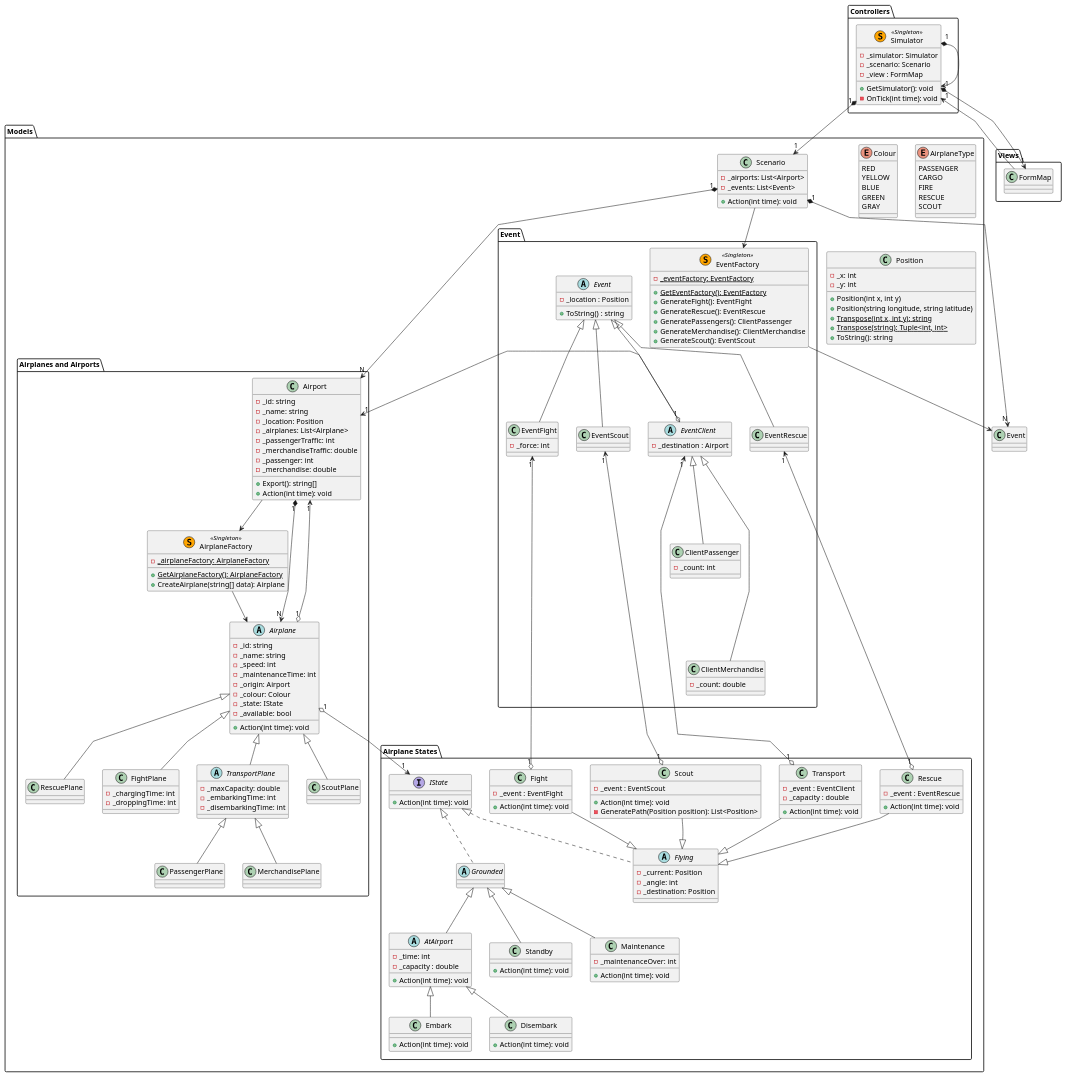
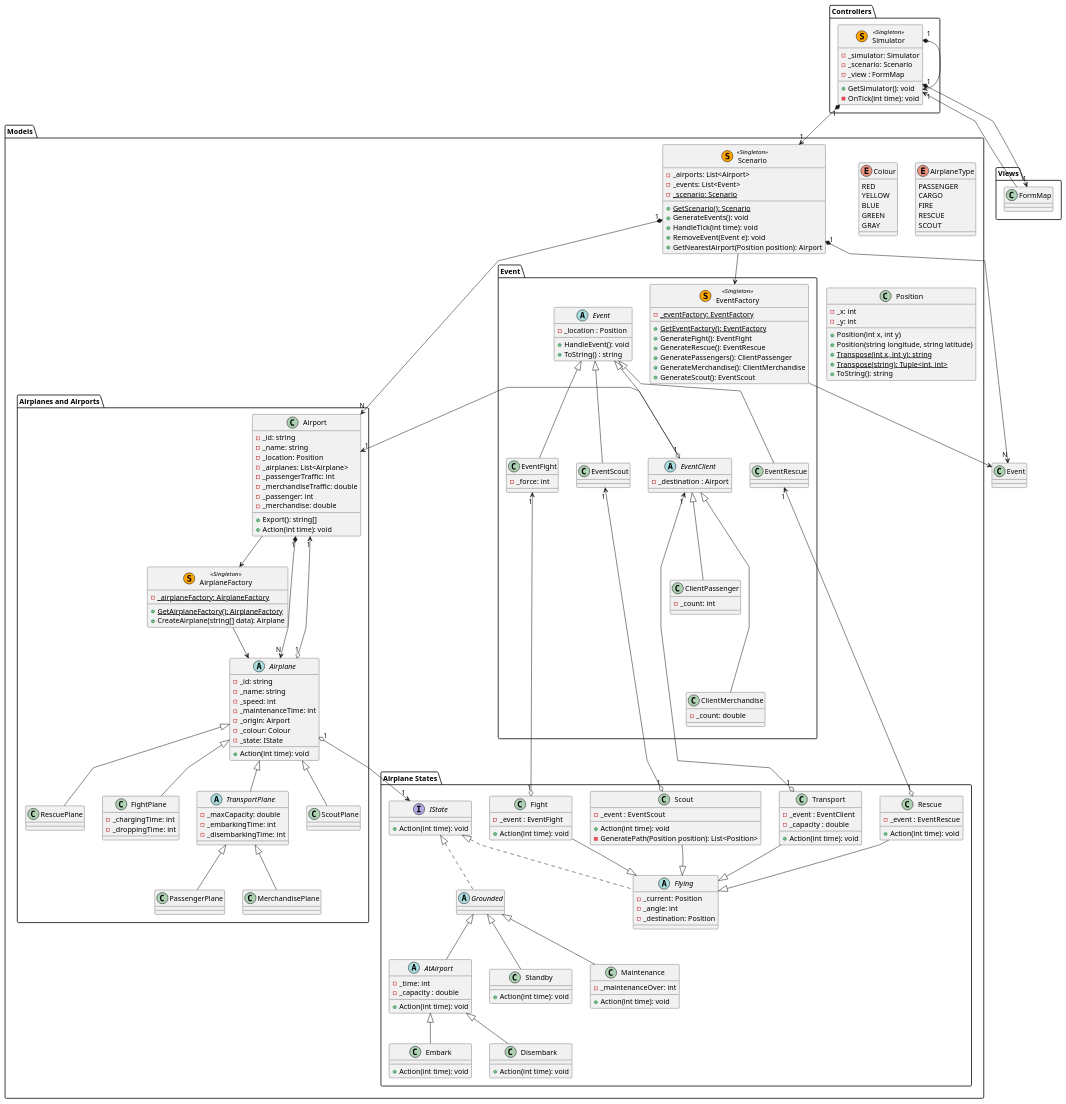
The diagram in Documentation/Diagrams/Class/Simulator.puml (darkhappy/flightsim), drawn with PlantUML before and after one commit.

Commit message:
Class/Simulator: Added a few things

```diff
--- a/Documentation/Diagrams/Class/Simulator.puml
+++ b/Documentation/Diagrams/Class/Simulator.puml
@@ -36,10 +36,15 @@
         + ToString(): string
     }
 
-    class Scenario {
+    class Scenario << (S, Orange) Singleton >> {
         - _airports: List<Airport>
         - _events: List<Event>
-        + Action(int time): void
+        - {static} _scenario: Scenario
+        + {static} GetScenario(): Scenario
+        + GenerateEvents(): void
+        + HandleTick(int time): void
+        + RemoveEvent(Event e): void
+        + GetNearestAirport(Position position): Airport
     }
     
     ' -----------------------------------'
@@ -74,7 +79,6 @@
             - _origin: Airport
             - _colour: Colour 
             - _state: IState
-            - _available: bool
             + Action(int time): void
         }
 
@@ -179,6 +183,7 @@
 
         abstract class Event {
             - _location : Position
+            + HandleEvent(): void
             + ToString() : string
         }
 
@@ -259,6 +264,7 @@
 
 ' -- Events
 EventFactory --> Event
+' Event --> Scenario (commented since it messed up the diagram)
 
 EventClient "1" o-r-> "1" Airport
 EventClient -[hidden]l- EventFight
```
